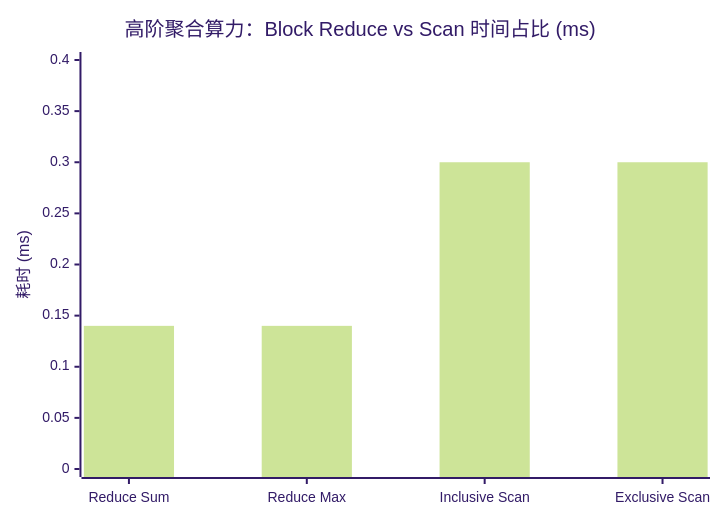
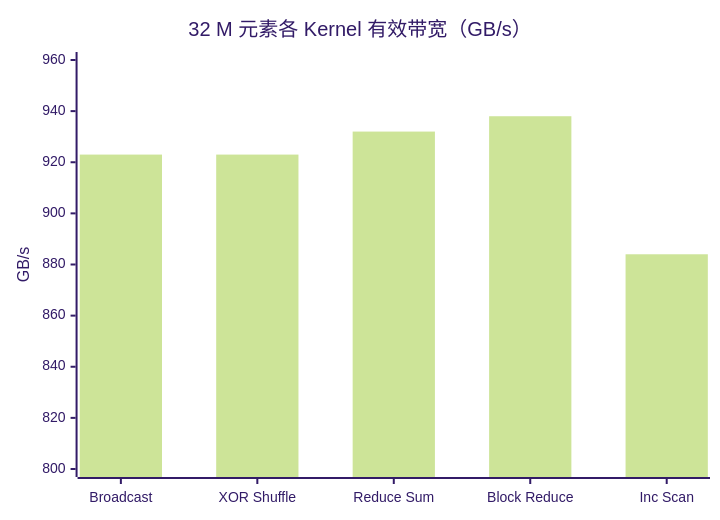
One commit to psmarter/CUDA-Practice changed the diagram in 06_Warp_Primitives/README.md. Above: the diagram before and after it, drawn with Mermaid (forest theme). The commit also changed other lines of this file and 14 other files, not shown here.

`````diff
--- a/06_Warp_Primitives/README.md
+++ b/06_Warp_Primitives/README.md
@@ -154,7 +142,7 @@
-````mermaid
+```mermaid
 xychart-beta
-  title "高阶聚合算力：Block Reduce vs Scan 时间占比 (ms)"
-  x-axis ["Reduce Sum", "Reduce Max", "Inclusive Scan", "Exclusive Scan"]
-  y-axis "耗时 (ms)" 0 --> 0.4
-  bar [0.14, 0.14, 0.30, 0.30]
-````
+  title "32 M 元素各 Kernel 有效带宽（GB/s）"
+  x-axis ["Broadcast", "XOR Shuffle", "Reduce Sum", "Block Reduce", "Inc Scan"]
+  y-axis "GB/s" 800 --> 960
+  bar [923, 923, 932, 938, 884]
+```
`````
